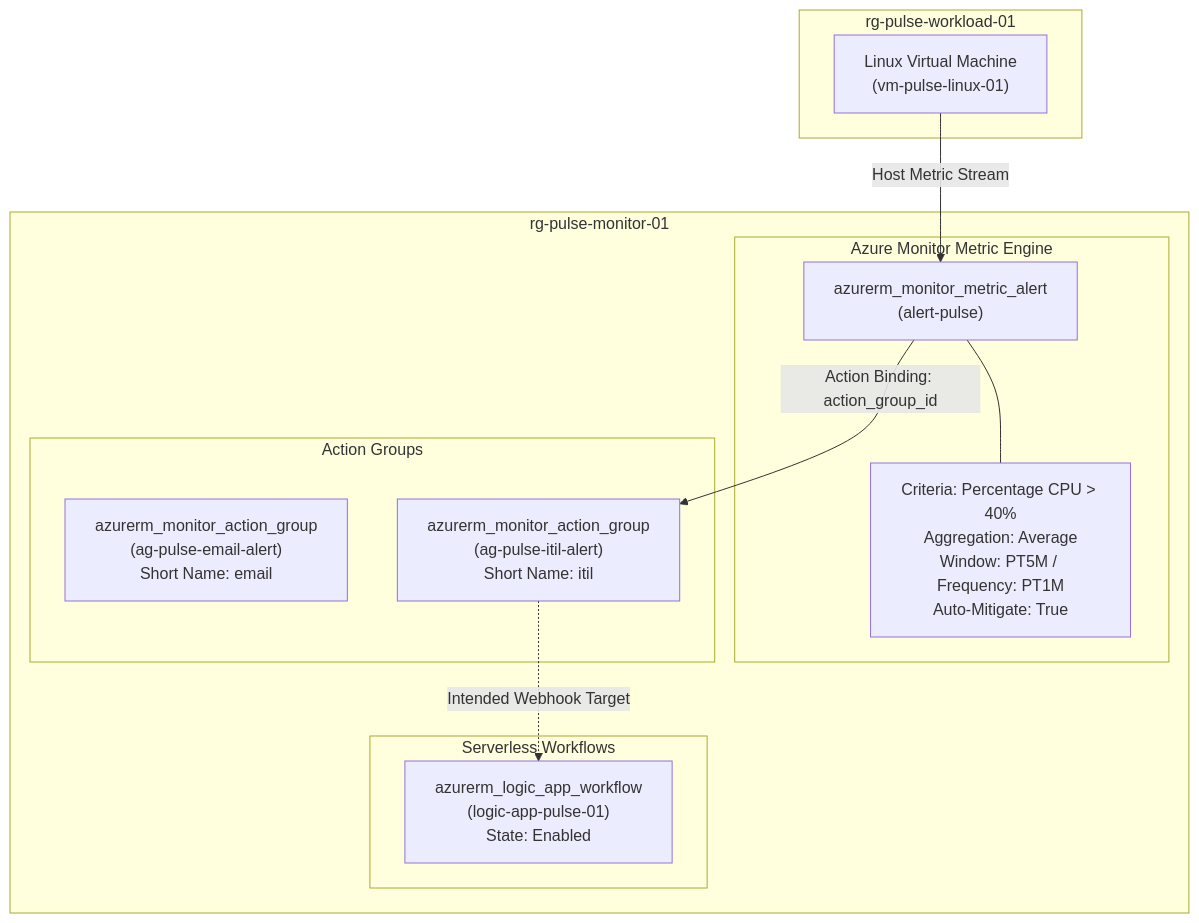
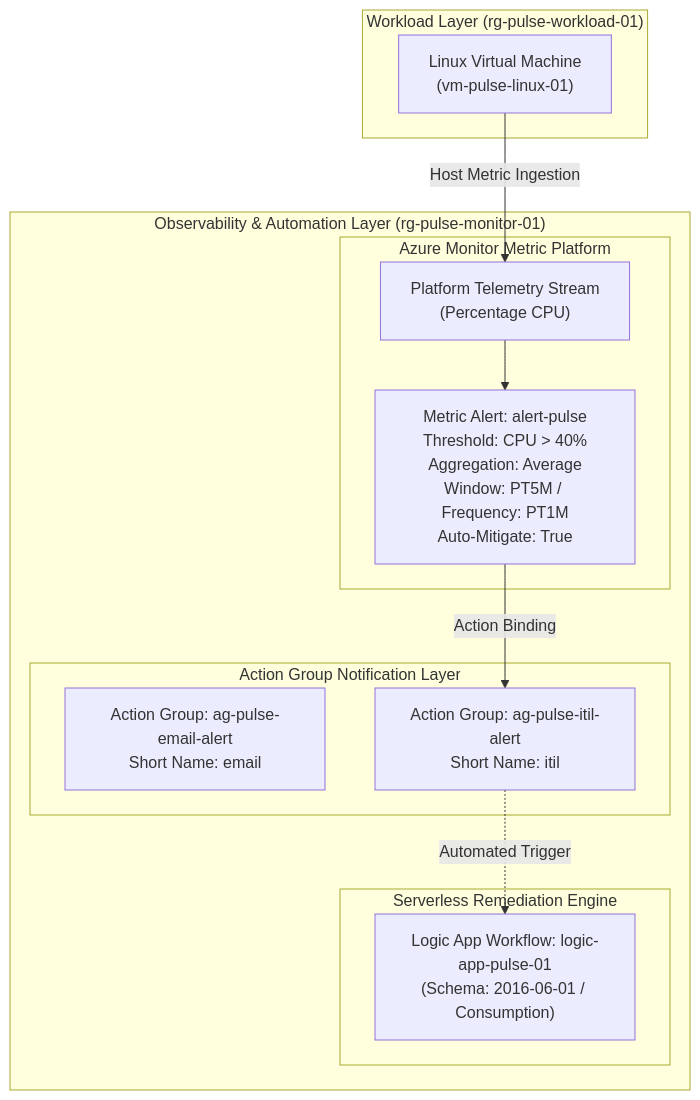
One commit to pahujarvp/pulse-terraform changed the first of 2 diagrams in architecture/monitoring-observability-design.md. Above: the diagram before and after it, drawn with Mermaid. The commit also changed other lines of this file and 6 other files, not shown here.

Commit message:
docs: update architecture showcase documentation and diagrams

````diff
--- a/architecture/monitoring-observability-design.md
+++ b/architecture/monitoring-observability-design.md
@@ -24,27 +14,27 @@
 ```mermaid
 flowchart TD
-    subgraph Workload_RG["rg-pulse-workload-01"]
+    subgraph Workload_Layer["Workload Layer (rg-pulse-workload-01)"]
         VM["Linux Virtual Machine<br/>(vm-pulse-linux-01)"]
     end
 
-    subgraph Monitoring_RG["rg-pulse-monitor-01"]
-        subgraph Alert_Engine["Azure Monitor Metric Engine"]
-            RULE["azurerm_monitor_metric_alert<br/>(alert-pulse)"]
-            RULE_SPECS["Criteria: Percentage CPU > 40%<br/>Aggregation: Average<br/>Window: PT5M / Frequency: PT1M<br/>Auto-Mitigate: True"]
-            RULE --- RULE_SPECS
+    subgraph Monitoring_Layer["Observability & Automation Layer (rg-pulse-monitor-01)"]
+        subgraph Metric_Engine["Azure Monitor Metric Platform"]
+            TELEMETRY["Platform Telemetry Stream<br/>(Percentage CPU)"]
+            RULE["Metric Alert: alert-pulse<br/>Threshold: CPU > 40%<br/>Aggregation: Average<br/>Window: PT5M / Frequency: PT1M<br/>Auto-Mitigate: True"]
+            TELEMETRY --> RULE
         end
 
-        subgraph Notification_Plane["Action Groups"]
-            AG_EMAIL["azurerm_monitor_action_group<br/>(ag-pulse-email-alert)<br/>Short Name: email"]
-            AG_ITIL["azurerm_monitor_action_group<br/>(ag-pulse-itil-alert)<br/>Short Name: itil"]
+        subgraph Notification_Plane["Action Group Notification Layer"]
+            AG_EMAIL["Action Group: ag-pulse-email-alert<br/>Short Name: email"]
+            AG_ITIL["Action Group: ag-pulse-itil-alert<br/>Short Name: itil"]
         end
 
-        subgraph Automation_Plane["Serverless Workflows"]
-            LOGIC["azurerm_logic_app_workflow<br/>(logic-app-pulse-01)<br/>State: Enabled"]
+        subgraph Automation_Plane["Serverless Remediation Engine"]
+            LOGIC["Logic App Workflow: logic-app-pulse-01<br/>(Schema: 2016-06-01 / Consumption)"]
         end
     end
 
-    VM -->|Host Metric Stream| RULE
-    RULE -->|Action Binding: action_group_id| AG_ITIL
-    AG_ITIL -.->|Intended Webhook Target| LOGIC
+    VM -->|Host Metric Ingestion| TELEMETRY
+    RULE -->|Action Binding| AG_ITIL
+    AG_ITIL -.->|Automated Trigger| LOGIC
 ```
````
